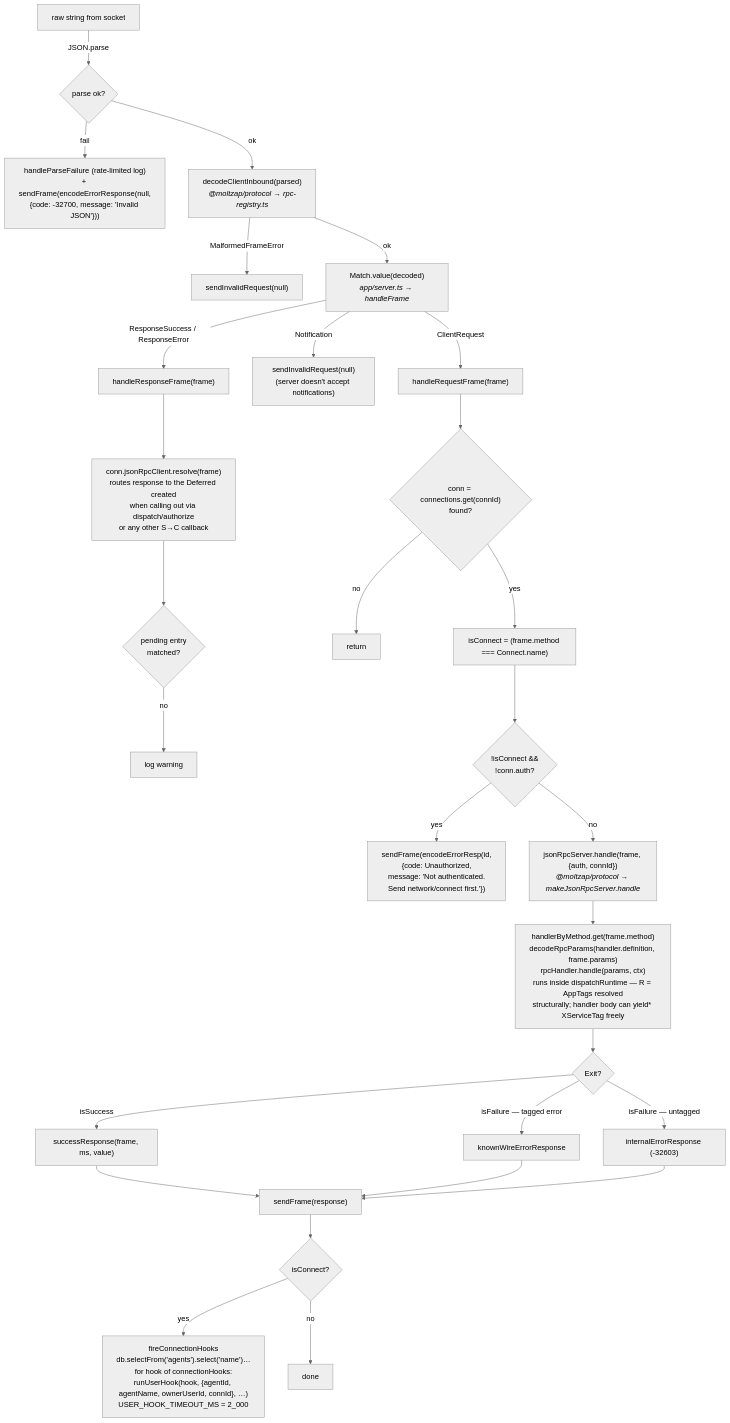
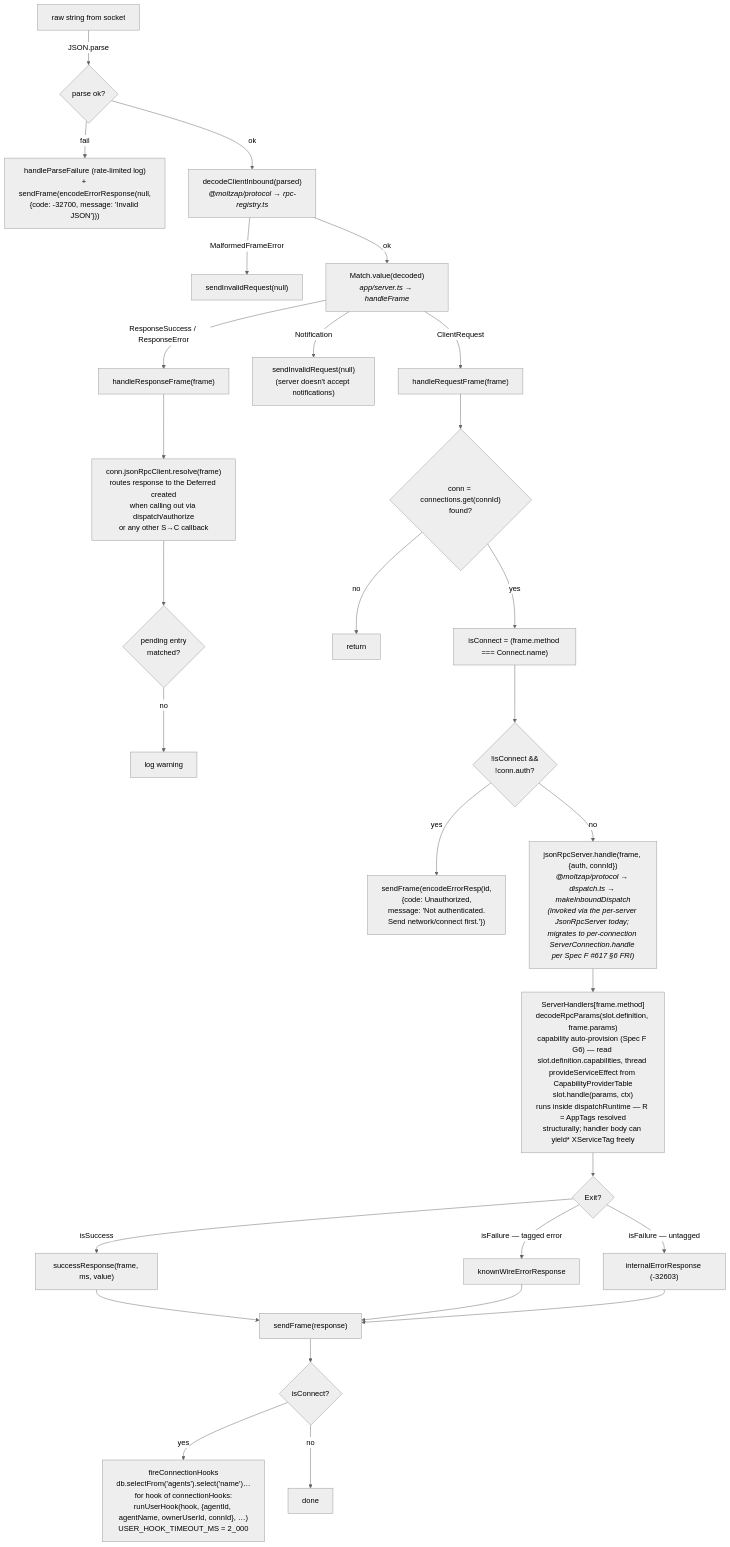
One commit to chughtapan/moltzap changed the diagram in packages/server/docs/architecture/03-request-response-handling.md. Above: the diagram before and after it, drawn with Mermaid (neutral theme). The commit also changed 13 other files, not shown here.

````diff
--- a/packages/server/docs/architecture/03-request-response-handling.md
+++ b/packages/server/docs/architecture/03-request-response-handling.md
@@ -8,39 +8,39 @@
 ```mermaid
 flowchart TD
     A["raw string from socket"]
     A -->|"JSON.parse"| B{"parse ok?"}
     B -->|"fail"| B1["handleParseFailure (rate-limited log)<br/>+ sendFrame(encodeErrorResponse(null,<br/>{code: -32700, message: 'Invalid JSON'}))"]
     B -->|"ok"| C["decodeClientInbound(parsed)<br/><i>@moltzap/protocol → rpc-registry.ts</i>"]
     C -->|"MalformedFrameError"| C1["sendInvalidRequest(null)"]
     C -->|"ok"| D["Match.value(decoded)<br/><i>app/server.ts → handleFrame</i>"]
 
     D -->|"ResponseSuccess / ResponseError"| E["handleResponseFrame(frame)"]
     D -->|"Notification"| D1["sendInvalidRequest(null)<br/>(server doesn't accept notifications)"]
     D -->|"ClientRequest"| F["handleRequestFrame(frame)"]
 
     E --> E1["conn.jsonRpcClient.resolve(frame)<br/>routes response to the Deferred created<br/>when calling out via dispatch/authorize<br/>or any other S→C callback"]
     E1 --> E2{"pending entry<br/>matched?"}
     E2 -->|"no"| E3["log warning"]
 
     F --> F1{"conn = connections.get(connId)<br/>found?"}
     F1 -->|"no"| F1a["return"]
     F1 -->|"yes"| F2["isConnect = (frame.method === Connect.name)"]
     F2 --> F3{"!isConnect &&<br/>!conn.auth?"}
     F3 -->|"yes"| F3a["sendFrame(encodeErrorResp(id,<br/>{code: Unauthorized,<br/>message: 'Not authenticated.<br/>Send network/connect first.'})"]
-    F3 -->|"no"| F4["jsonRpcServer.handle(frame, {auth, connId})<br/><i>@moltzap/protocol → makeJsonRpcServer.handle</i>"]
+    F3 -->|"no"| F4["jsonRpcServer.handle(frame, {auth, connId})<br/><i>@moltzap/protocol → dispatch.ts → makeInboundDispatch<br/>(invoked via the per-server JsonRpcServer today; migrates to per-connection ServerConnection.handle per Spec F #617 §6 FRI)</i>"]
 
-    F4 --> F5["handlerByMethod.get(frame.method)<br/>decodeRpcParams(handler.definition, frame.params)<br/>rpcHandler.handle(params, ctx)<br/>runs inside dispatchRuntime — R = AppTags resolved<br/>structurally; handler body can yield* XServiceTag freely"]
+    F4 --> F5["ServerHandlers[frame.method]<br/>decodeRpcParams(slot.definition, frame.params)<br/>capability auto-provision (Spec F G6) — read slot.definition.capabilities, thread provideServiceEffect from CapabilityProviderTable<br/>slot.handle(params, ctx)<br/>runs inside dispatchRuntime — R = AppTags resolved<br/>structurally; handler body can yield* XServiceTag freely"]
 
     F5 --> F6{"Exit?"}
     F6 -->|"isSuccess"| F6a["successResponse(frame, ms, value)"]
     F6 -->|"isFailure — tagged error"| F6b["knownWireErrorResponse"]
     F6 -->|"isFailure — untagged"| F6c["internalErrorResponse (-32603)"]
 
     F6a --> G["sendFrame(response)"]
     F6b --> G
     F6c --> G
 
     G --> H{"isConnect?"}
     H -->|"yes"| I["fireConnectionHooks<br/>db.selectFrom('agents').select('name')…<br/>for hook of connectionHooks:<br/>runUserHook(hook, {agentId, agentName, ownerUserId, connId}, …)<br/>USER_HOOK_TIMEOUT_MS = 2_000"]
     H -->|"no"| J["done"]
 ```
````
